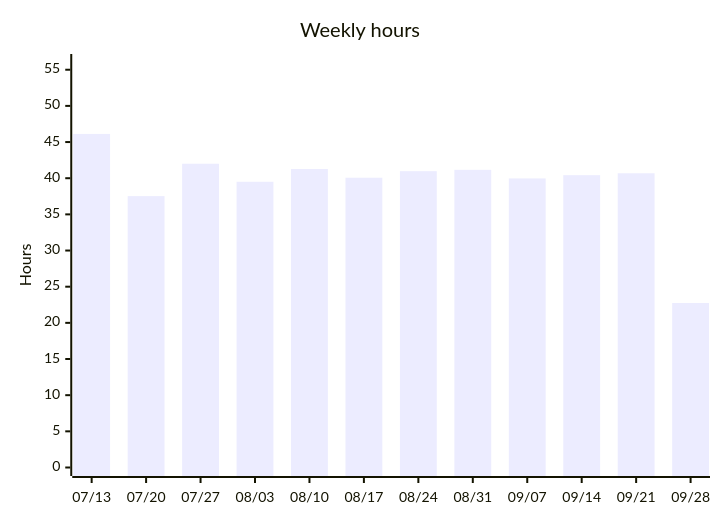
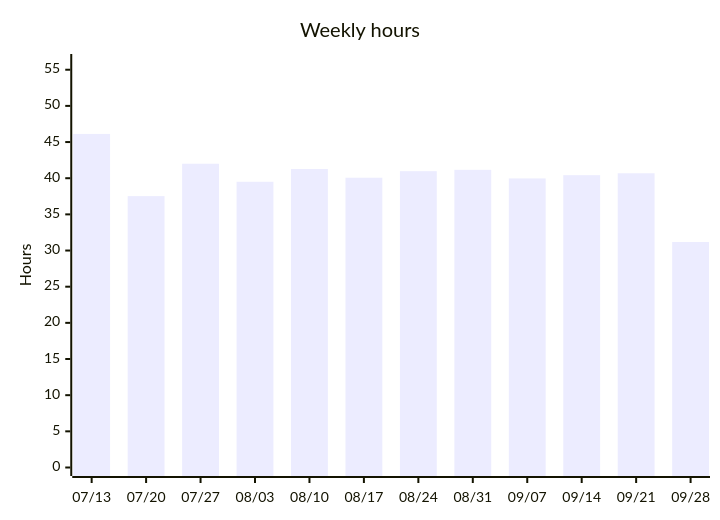
Before and after one commit to albinforsberg-netizen/timeclock: the third of 5 diagrams in README.org, drawn with Mermaid. The commit also changed other lines of this file, not shown here.

```diff
--- a/README.org
+++ b/README.org
@@ -110,7 +110,7 @@
 #+begin_src mermaid
 xychart-beta
     title "Weekly hours"
     x-axis ["07/13", "07/20", "07/27", "08/03", "08/10", "08/17", "08/24", "08/31", "09/07", "09/14", "09/21", "09/28"]
     y-axis "Hours" 0 --> 56
-    bar [46.12, 37.52, 42.00, 39.51, 41.28, 40.07, 40.97, 41.16, 39.97, 40.42, 40.68, 22.75]
+    bar [46.12, 37.52, 42.00, 39.51, 41.28, 40.07, 40.97, 41.16, 39.97, 40.42, 40.68, 31.18]
 #+end_src
```
